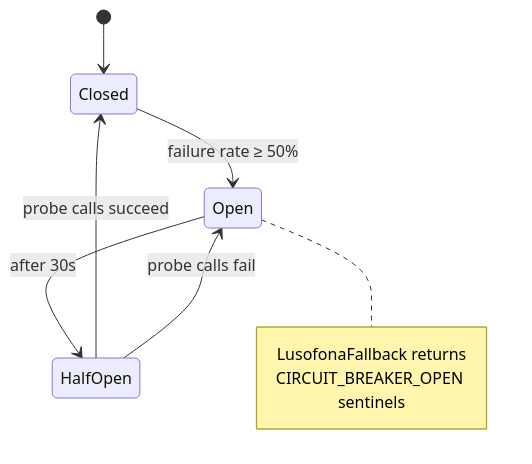
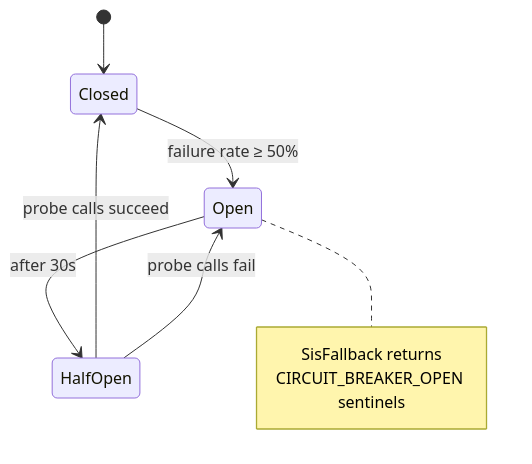
Before and after one commit to marcelogdomingues/ulht-dcs-public: diagram 15 of 16 in docs/ARCHITECTURE.md, drawn with Mermaid. The commit also changed other lines of this file and 600 other files, not shown here.

````diff
--- a/docs/ARCHITECTURE.md
+++ b/docs/ARCHITECTURE.md
@@ -720,12 +720,12 @@
 ```mermaid
 stateDiagram-v2
     [*] --> Closed
     Closed --> Open: failure rate ≥ 50%
     Open --> HalfOpen: after 30s
     HalfOpen --> Closed: probe calls succeed
     HalfOpen --> Open: probe calls fail
     note right of Open
-      LusofonaFallback returns
+      SisFallback returns
       CIRCUIT_BREAKER_OPEN sentinels
     end note
 ```
````
